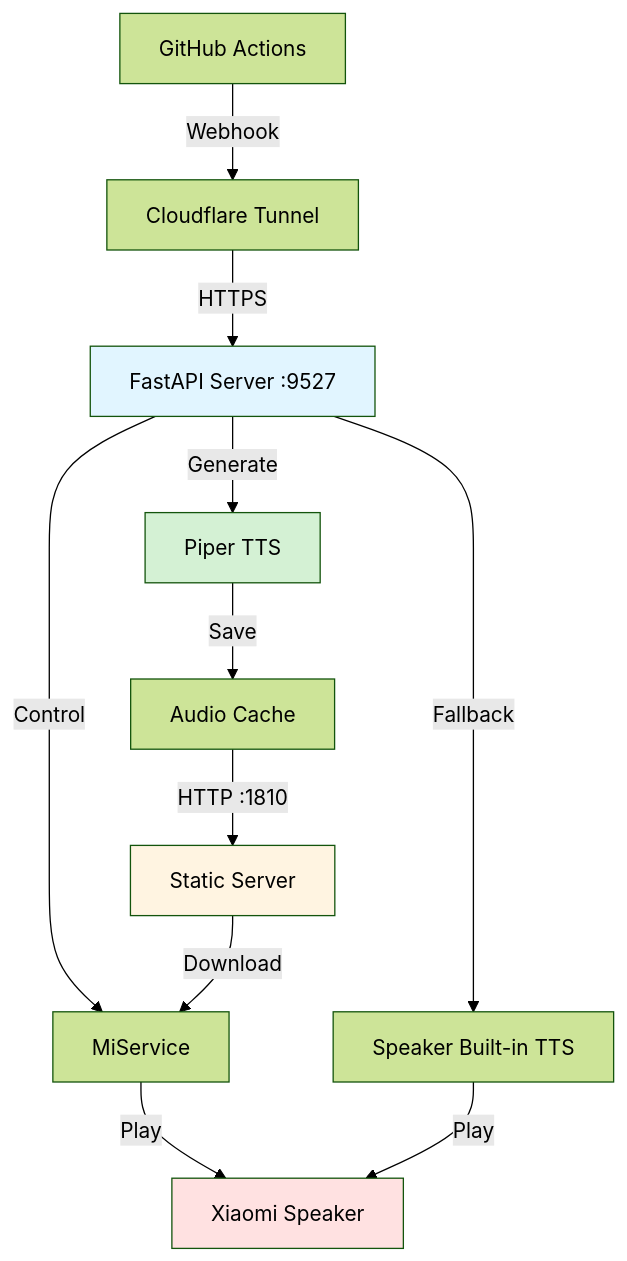
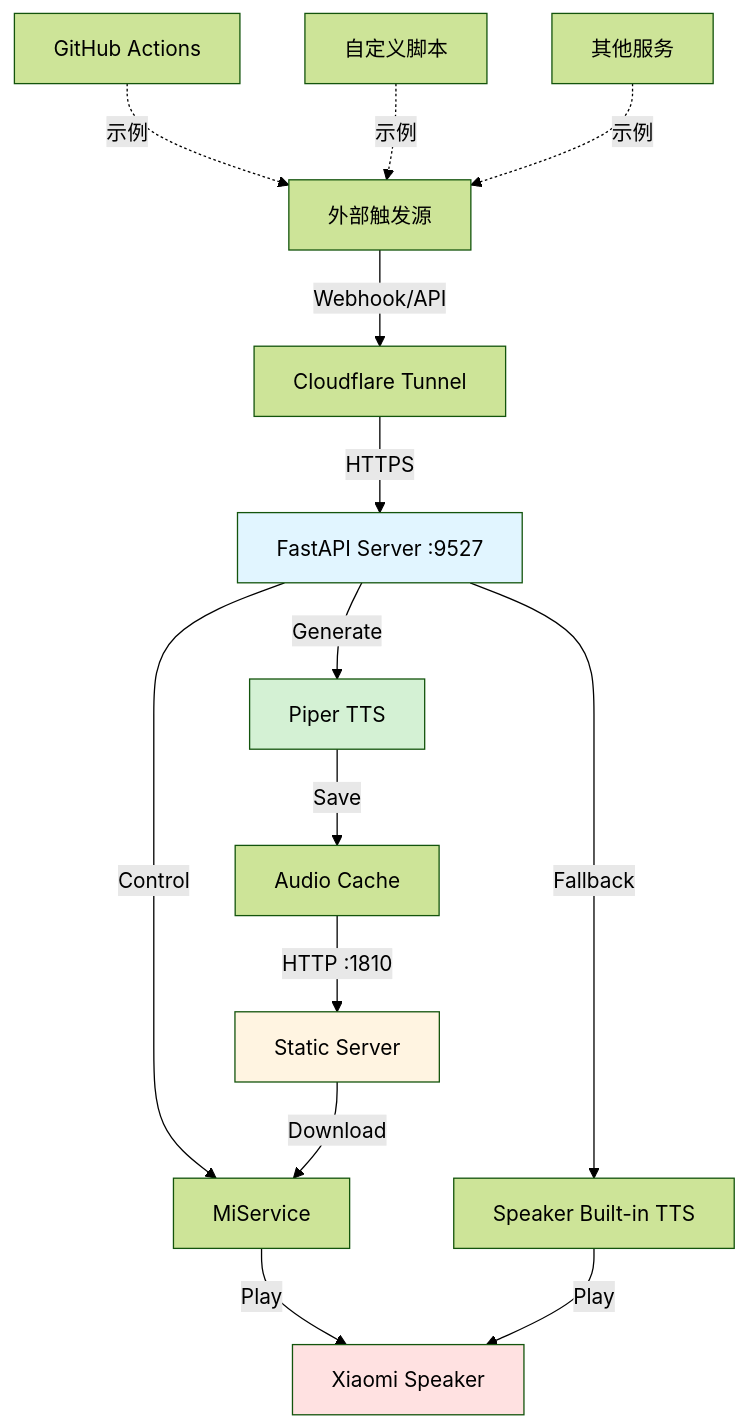
The diagram in README.md (palemoky/xiaomi-speaker), drawn with Mermaid (forest theme) before and after one commit. The commit also changed other lines of this file and 2 other files, not shown here.

````diff
--- a/README.md
+++ b/README.md
@@ -31,19 +33,23 @@
 ```mermaid
 graph TD
-    A[GitHub Actions] -->|Webhook| B[Cloudflare Tunnel]
+    A[外部触发源] -->|Webhook/API| B[Cloudflare Tunnel]
     B -->|HTTPS| C[FastAPI Server :9527]
     C -->|Generate| D[Piper TTS]
     D -->|Save| E[Audio Cache]
     C -->|Control| F[MiService]
     E -->|HTTP :1810| G[Static Server]
     G -->|Download| F
     F -->|Play| H[Xiaomi Speaker]
 
     C -->|Fallback| I[Speaker Built-in TTS]
     I -->|Play| H
 
+    A1[GitHub Actions] -.->|示例| A
+    A2[自定义脚本] -.->|示例| A
+    A3[其他服务] -.->|示例| A
+
     style C fill:#e1f5ff
     style D fill:#d4f1d4
     style G fill:#fff4e1
     style H fill:#ffe1e1
 ```
````
